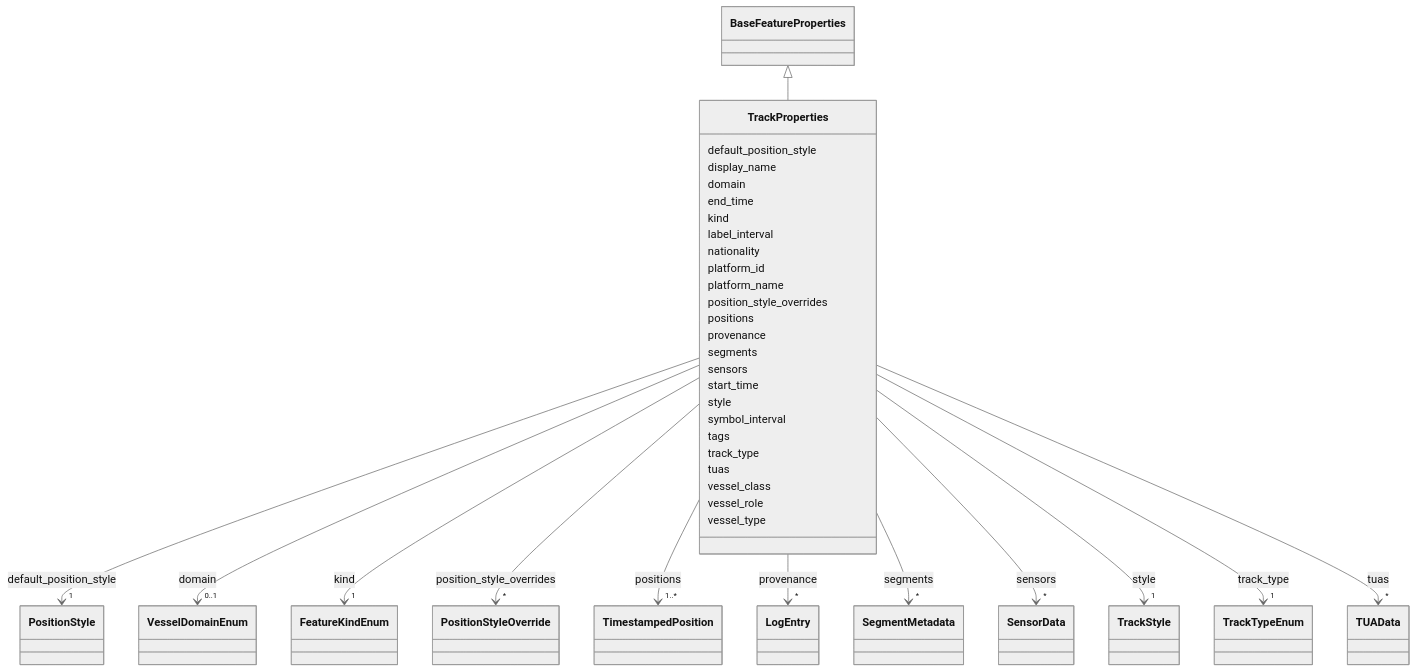
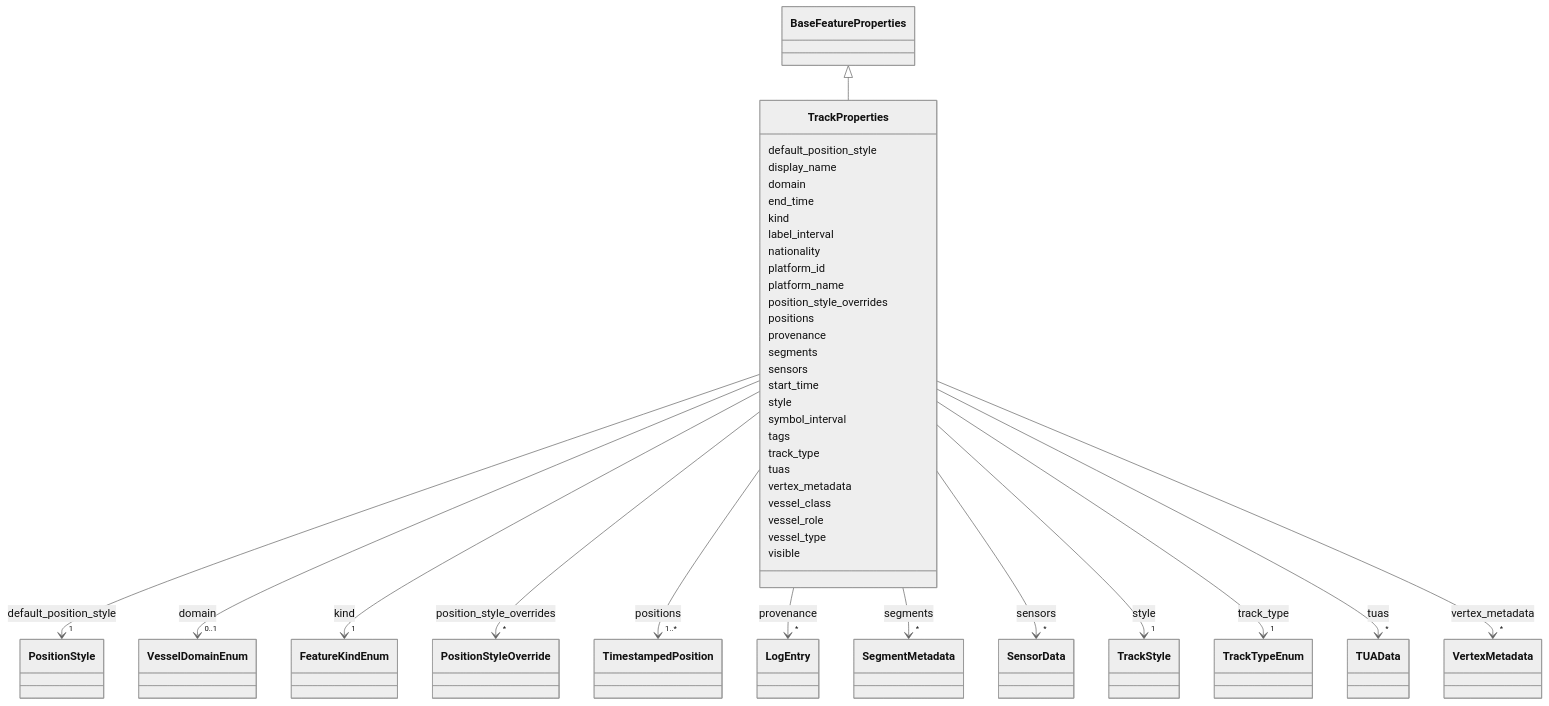
One commit to debrief/debrief-future changed the diagram in schema-docs-md/classes/TrackProperties.md. Above: the diagram before and after it, drawn with Mermaid (neutral theme). The commit also changed other lines of this file and 238 other files, not shown here.

````diff
--- a/schema-docs-md/classes/TrackProperties.md
+++ b/schema-docs-md/classes/TrackProperties.md
@@ -162,11 +162,24 @@
     
 
         
+      TrackProperties : vertex_metadata
+        
+          
+    
+        
+        
+        TrackProperties --> "*" VertexMetadata : vertex_metadata
+        click VertexMetadata href "../../classes/VertexMetadata/"
+    
+
+        
       TrackProperties : vessel_class
         
       TrackProperties : vessel_role
         
       TrackProperties : vessel_type
         
+      TrackProperties : visible
+        
       
 ```
````
